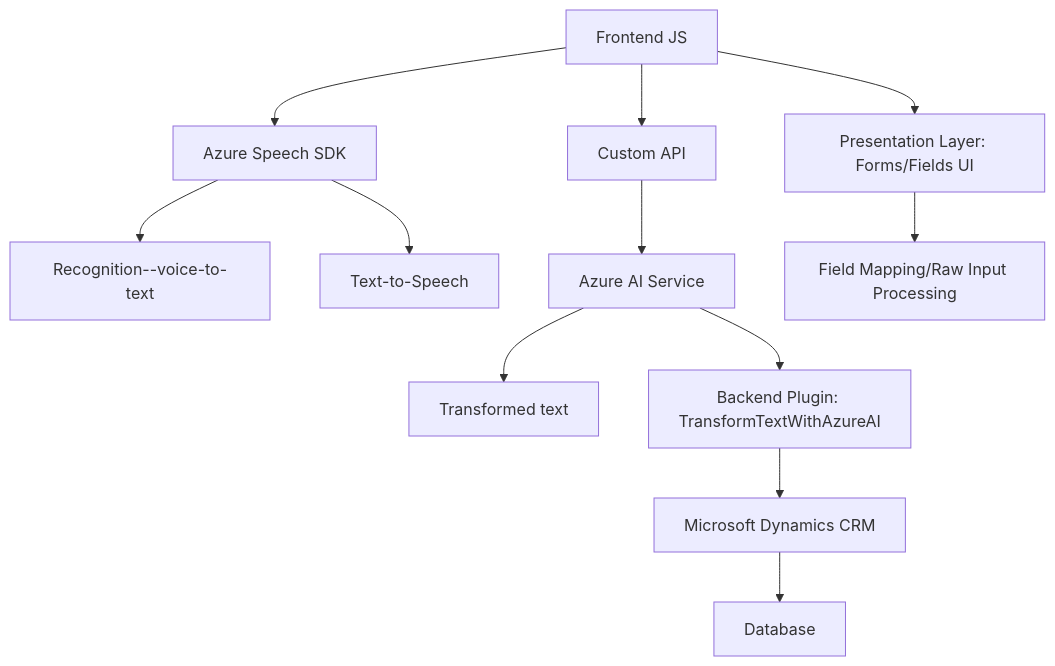
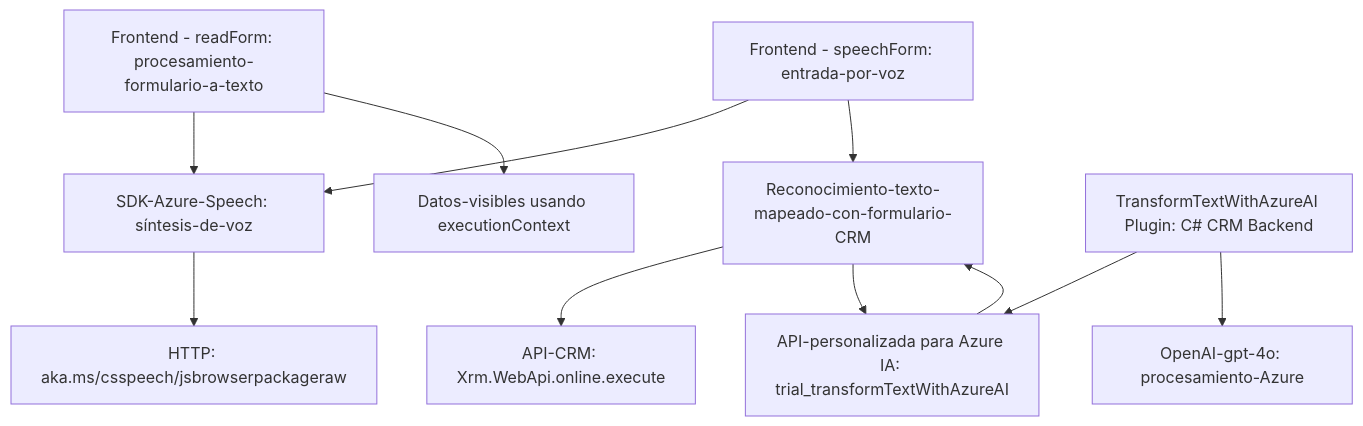
The diagram in README.md (blopezdm/NETCORE_BILBAO2025), drawn with Mermaid before and after one commit. The commit also changed other lines of this file, not shown here.

Commit message:
Actualizar análisis global de la solución con IA

````diff
--- a/README.md
+++ b/README.md
@@ -23,14 +45,15 @@
 ```mermaid
 graph TD
-A["Frontend JS"] --> B["Azure Speech SDK"]
-A --> C["Custom API"]
-B --> D["Recognition--voice-to-text"]
-B --> E["Text-to-Speech"]
-C --> F["Azure AI Service"]
-F --> G["Transformed text"]
-A --> H["Presentation Layer: Forms/Fields UI"]
-H --> I["Field Mapping/Raw Input Processing"]
-F --> J["Backend Plugin: TransformTextWithAzureAI"]
-J --> K["Microsoft Dynamics CRM"]
-K --> L["Database"]
+    A["Frontend - readForm: procesamiento-formulario-a-texto"] --> B1["SDK-Azure-Speech: síntesis-de-voz"]
+    B1 --> B2["HTTP: aka.ms/csspeech/jsbrowserpackageraw"]
+    A --> C1["Datos-visibles usando executionContext"]
+    
+    D["Frontend - speechForm: entrada-por-voz"] --> B1
+    D --> E1["Reconocimiento-texto-mapeado-con-formulario-CRM"]
+    E1 --> F1["API-CRM: Xrm.WebApi.online.execute"]
+    E1 --> F2["API-personalizada para Azure IA: trial_transformTextWithAzureAI"]
+
+    G["TransformTextWithAzureAI Plugin: C# CRM Backend"] --> F2
+    G --> H1["OpenAI-gpt-4o: procesamiento-Azure"]
+    F2 --> E1
 ```
````
